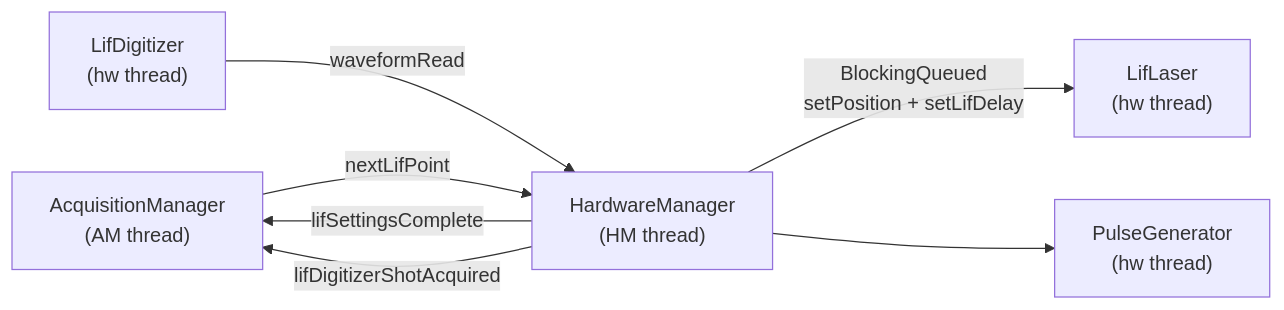
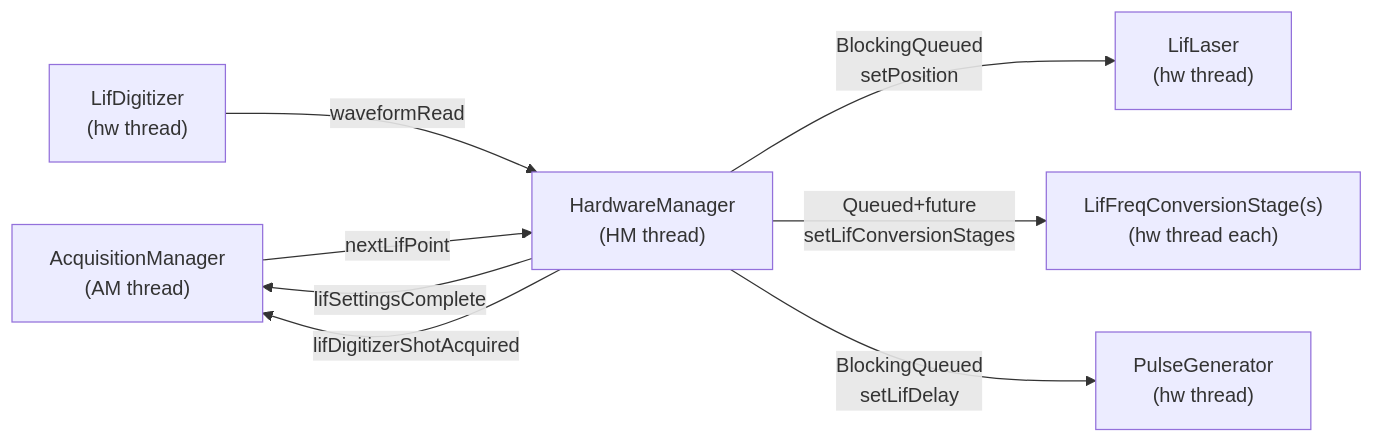
Before and after one commit to kncrabtree/blackchirp: the diagram in doc/source/developer_guide/lif_acquisition.rst, drawn with Mermaid. The commit also changed 5 other files, not shown here.

First line of the commit message:
Correct LIF frequency-conversion documentation

```diff
--- a/doc/source/developer_guide/lif_acquisition.rst
+++ b/doc/source/developer_guide/lif_acquisition.rst
@@ -466,14 +466,16 @@
 .. mermaid::
 
    flowchart LR
        AM["AcquisitionManager<br/>(AM thread)"]
        HM["HardwareManager<br/>(HM thread)"]
        LL["LifLaser<br/>(hw thread)"]
+       CS["LifFreqConversionStage(s)<br/>(hw thread each)"]
        PG["PulseGenerator<br/>(hw thread)"]
        LS["LifDigitizer<br/>(hw thread)"]
        AM -- "nextLifPoint" --> HM
-       HM -- "BlockingQueued<br/>setPosition + setLifDelay" --> LL
-       HM -- " " --> PG
+       HM -- "BlockingQueued<br/>setPosition" --> LL
+       HM -- "Queued+future<br/>setLifConversionStages" --> CS
+       HM -- "BlockingQueued<br/>setLifDelay" --> PG
        HM -- "lifSettingsComplete" --> AM
        LS -- "waveformRead" --> HM
        HM -- "lifDigitizerShotAcquired" --> AM
```
